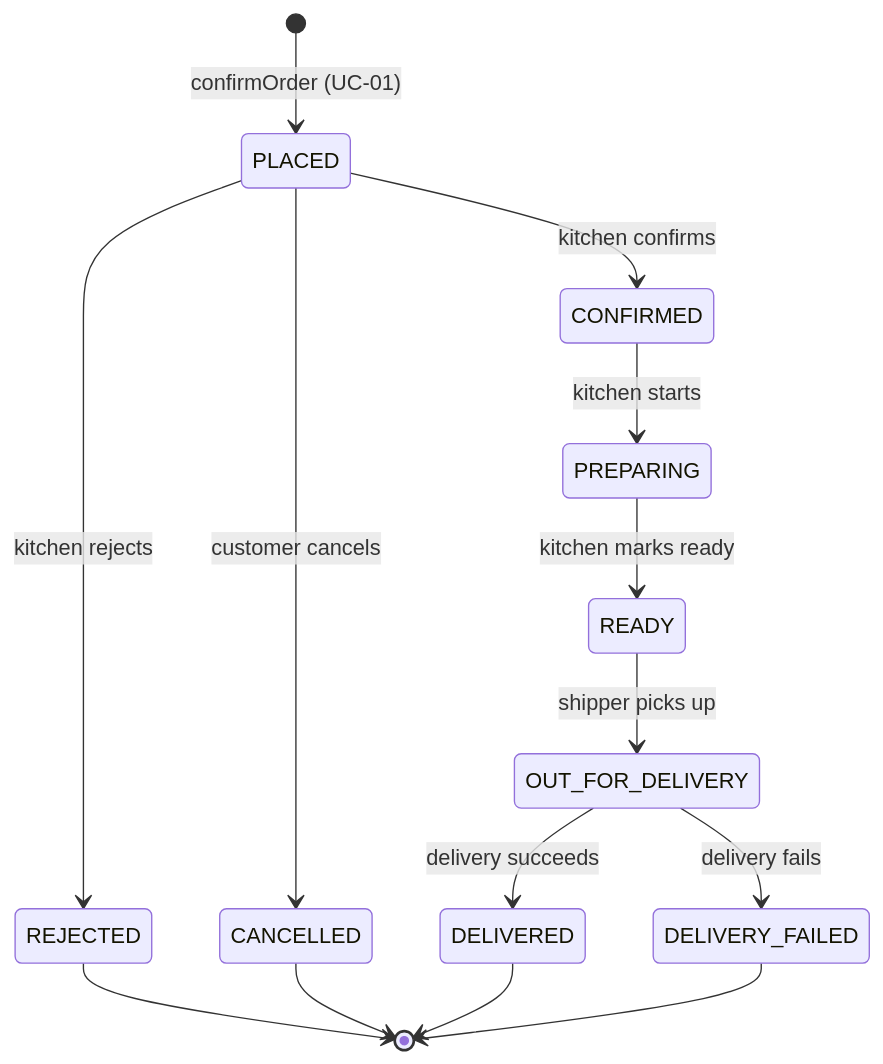
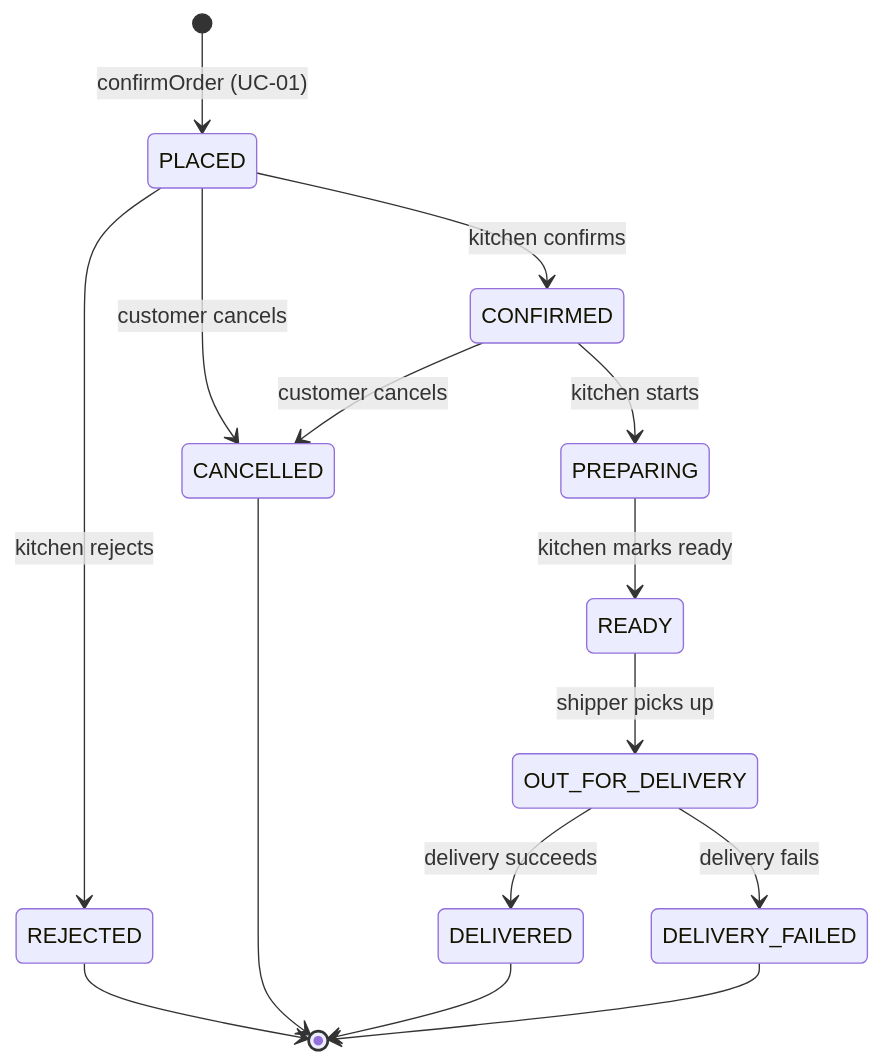
Before and after one commit to Dat071104/SaigonBite: the diagram in docs/i1/order_state_machine_v1.md, drawn with Mermaid. The commit also changed other lines of this file and 18 other files, not shown here.

````diff
--- a/docs/i1/order_state_machine_v1.md
+++ b/docs/i1/order_state_machine_v1.md
@@ -10,16 +10,17 @@
 ```mermaid
 stateDiagram-v2
     [*] --> PLACED : confirmOrder (UC-01)
     PLACED --> CONFIRMED : kitchen confirms
     PLACED --> REJECTED : kitchen rejects
     PLACED --> CANCELLED : customer cancels
+    CONFIRMED --> CANCELLED : customer cancels
     CONFIRMED --> PREPARING : kitchen starts
     PREPARING --> READY : kitchen marks ready
     READY --> OUT_FOR_DELIVERY : shipper picks up
     OUT_FOR_DELIVERY --> DELIVERED : delivery succeeds
     OUT_FOR_DELIVERY --> DELIVERY_FAILED : delivery fails
     REJECTED --> [*]
     CANCELLED --> [*]
     DELIVERED --> [*]
     DELIVERY_FAILED --> [*]
 ```
````
